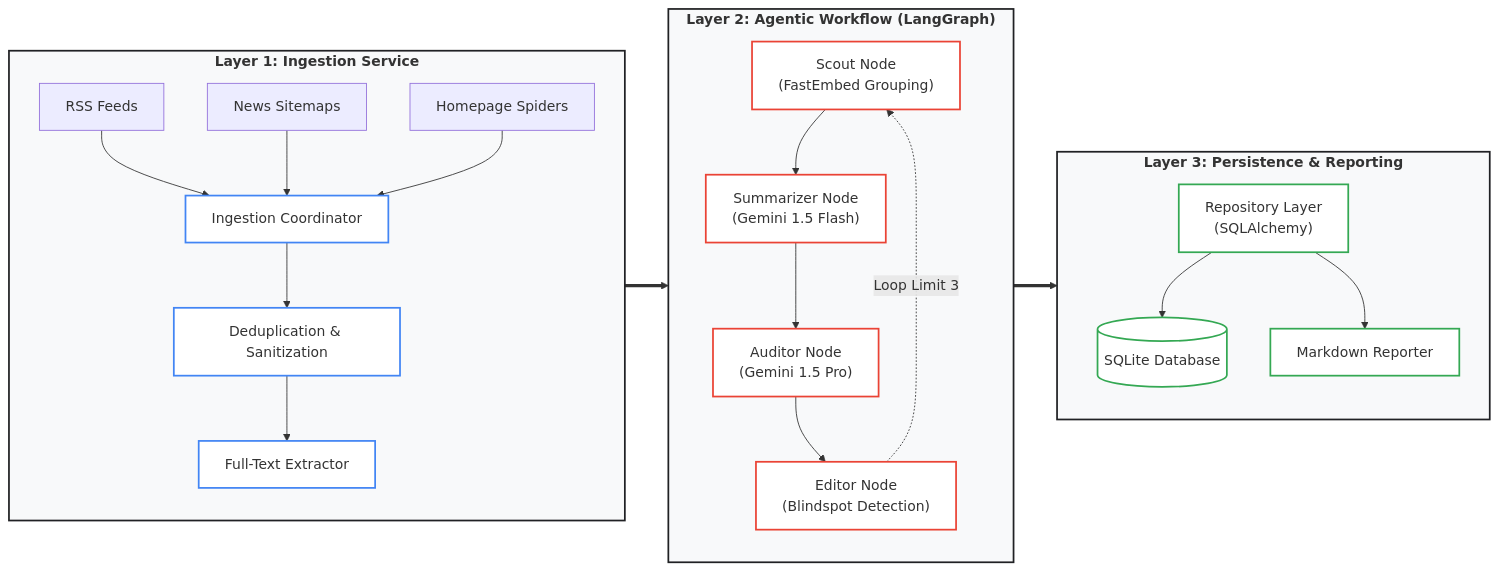
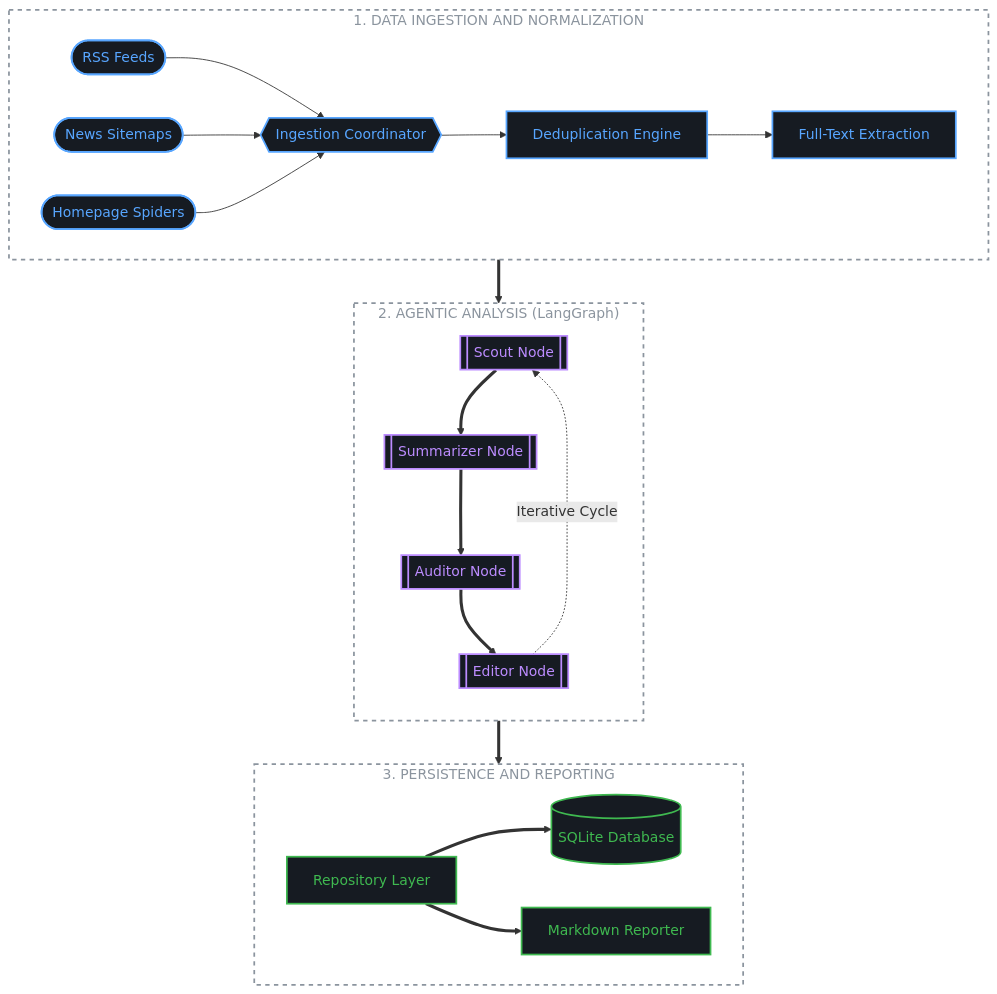
The diagram in README.md (ronmkr/newsfeed), drawn with Mermaid before and after one commit. The commit also changed 1 other file, not shown here.

Commit message:
docs: Optimize Mermaid diagrams for dark mode readability

````diff
--- a/README.md
+++ b/README.md
@@ -9,50 +9,50 @@
 ```mermaid
-flowchart LR
-  subgraph L1["Layer 1: Ingestion Service"]
-    direction TB
-    A1["RSS Feeds"]
-    A2["News Sitemaps"]
-    A3["Homepage Spiders"]
-    B["Ingestion Coordinator"]
-    C["Deduplication & Sanitization"]
-    D["Full-Text Extractor"]
+flowchart TB
+    %% Direction and Layout
+    subgraph INGESTION_LAYER ["1. DATA INGESTION AND NORMALIZATION"]
+        direction LR
+        RSS([RSS Feeds])
+        XML([News Sitemaps])
+        WEB([Homepage Spiders])
+        
+        RSS & XML & WEB --> IC{{"Ingestion Coordinator"}}
+        IC --> DDP["Deduplication Engine"]
+        DDP --> FTE["Full-Text Extraction"]
+    end
 
-    A1 & A2 & A3 --> B
-    B --> C
-    C --> D
-  end
+    subgraph AGENTIC_WORKFLOW ["2. AGENTIC ANALYSIS (LangGraph)"]
+        direction TB
+        SN[["Scout Node"]]
+        SUM[["Summarizer Node"]]
+        AN[["Auditor Node"]]
+        EN[["Editor Node"]]
+        
+        SN ==> SUM ==> AN ==> EN
+        EN -.->|Iterative Cycle| SN
+    end
 
-  subgraph L2["Layer 2: Agentic Workflow (LangGraph)"]
-    direction TB
-    E["Scout Node<br/>(FastEmbed Grouping)"]
-    F["Summarizer Node<br/>(Gemini 1.5 Flash)"]
-    G["Auditor Node<br/>(Gemini 1.5 Pro)"]
-    H["Editor Node<br/>(Blindspot Detection)"]
+    subgraph OUTPUT_LAYER ["3. PERSISTENCE AND REPORTING"]
+        direction LR
+        REPO["Repository Layer"]
+        DB[("SQLite Database")]
+        MD["Markdown Reporter"]
+        
+        REPO ==> DB
+        REPO ==> MD
+    end
 
-    E --> F --> G --> H
-    H -.->|Loop Limit 3| E
-  end
+    %% Inter-layer Flow
+    INGESTION_LAYER ==> AGENTIC_WORKFLOW
+    AGENTIC_WORKFLOW ==> OUTPUT_LAYER
 
-  subgraph L3["Layer 3: Persistence & Reporting"]
-    direction TB
-    I["Repository Layer<br/>(SQLAlchemy)"]
-    J[("SQLite Database")]
-    K["Markdown Reporter"]
+    %% Dark-Mode Friendly Technical Styling
+    classDef layer fill:none,stroke:#8b949e,stroke-width:2px,stroke-dasharray: 5 5,color:#8b949e;
+    classDef ingestion fill:#161b22,stroke:#58a6ff,stroke-width:2px,color:#58a6ff;
+    classDef agentic fill:#161b22,stroke:#bc8cff,stroke-width:2px,color:#bc8cff;
+    classDef persistence fill:#161b22,stroke:#3fb950,stroke-width:2px,color:#3fb950;
 
-    I --> J & K
-  end
-
-  D ==> E
-  H ==> I
-
-  %% Technical Styling
-  classDef layer fill:#f8f9fa,stroke:#202124,stroke-width:2px,font-weight:bold
-  classDef component fill:#ffffff,stroke:#4285f4,stroke-width:2px
-  classDef storage fill:#ffffff,stroke:#34a853,stroke-width:2px
-  classDef ai fill:#ffffff,stroke:#ea4335,stroke-width:2px
-
-  class L1,L2,L3 layer
-  class B,C,D component
-  class E,F,G,H ai
-  class I,J,K storage
+    class INGESTION_LAYER,AGENTIC_WORKFLOW,OUTPUT_LAYER layer;
+    class RSS,XML,WEB,IC,DDP,FTE ingestion;
+    class SN,SUM,AN,EN agentic;
+    class REPO,DB,MD persistence;
 ```
````
